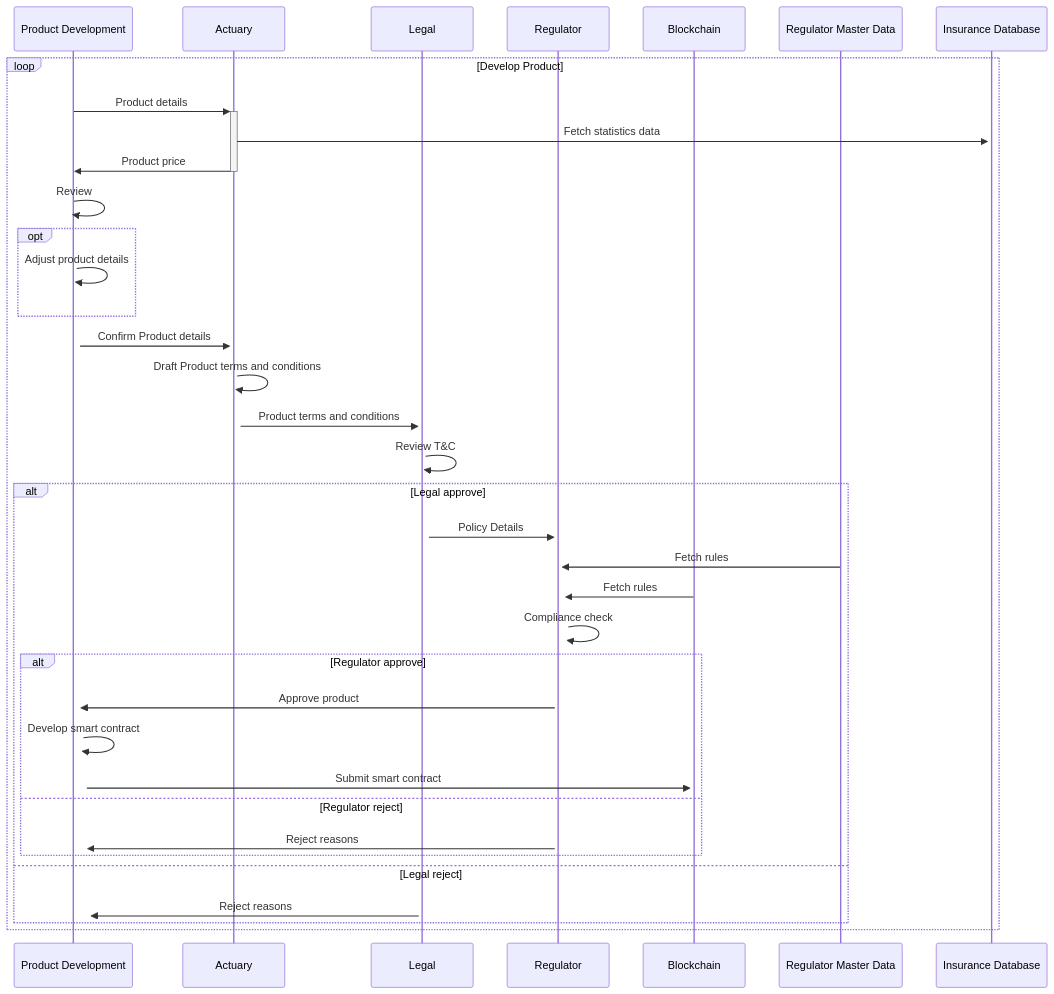
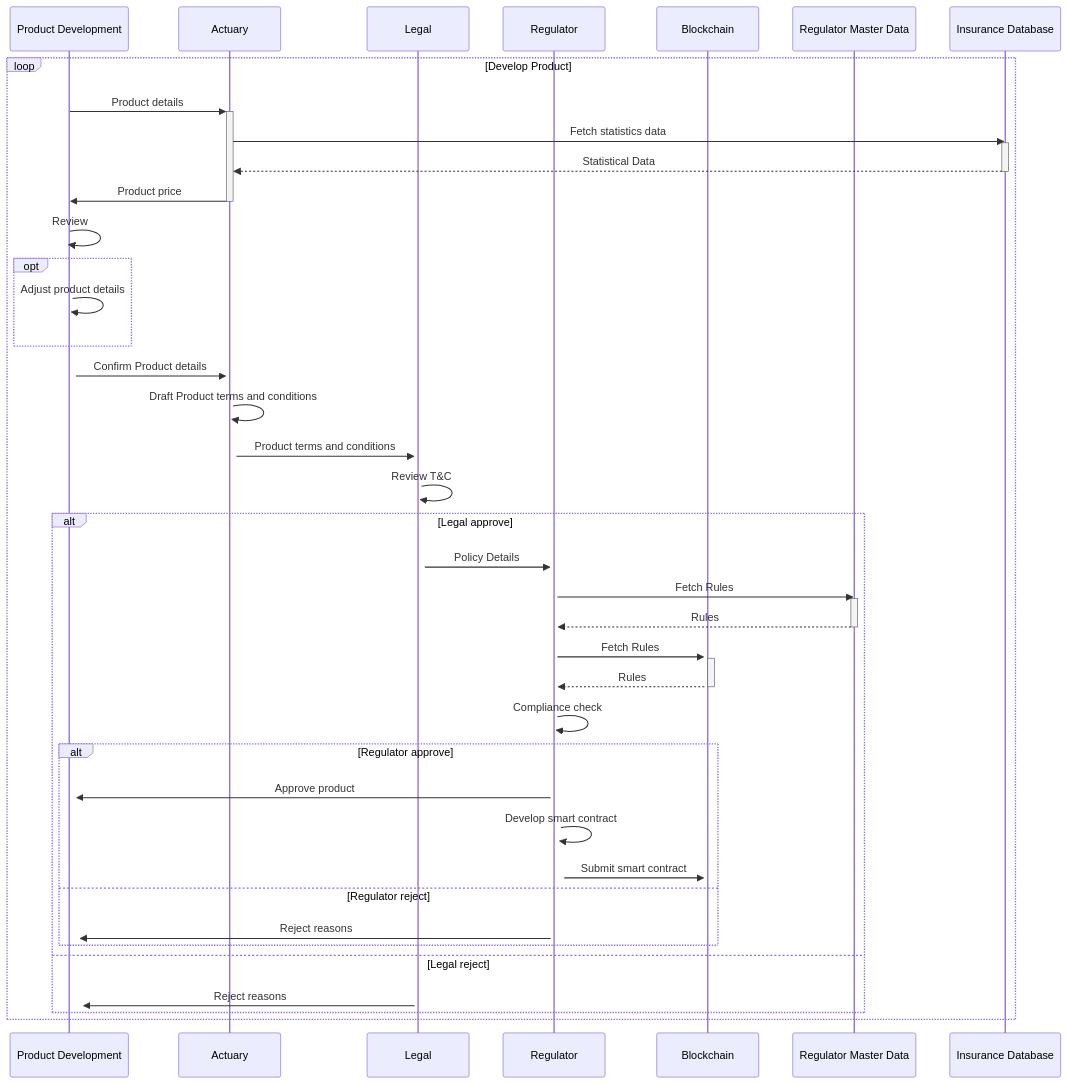
The diagram in product-registration.md (ongzasad/business-software-design), drawn with Mermaid before and after one commit.

Commit message:
Update product-registration.md
edit fetch process, move develop smart contract to OIC

````diff
--- a/product-registration.md
+++ b/product-registration.md
@@ -1,40 +1,48 @@
 ```mermaid
 sequenceDiagram
     participant P as Product Development 
     participant A as Actuary
     participant L as Legal
     participant R as Regulator
     participant B as Blockchain    
     participant RDB as Regulator Master Data
     participant IDB as Insurance Database
     loop Develop Product
         P->>+A: Product details
-        A->>+IDB: Fetch statistics data
+        A->>IDB: Fetch statistics data
+        activate IDB
+        IDB-->>A: Statistical Data
+        deactivate IDB
         A->>-P: Product price
         P->>+P: Review
         opt 
             P->>+P: Adjust product details
         end
         P->>+A: Confirm Product details
         A->>+A: Draft Product terms and conditions
         A->>+L: Product terms and conditions
         L->>+L: Review T&C
         alt Legal approve
             L->>+R: Policy Details
-            RDB->>+R: Fetch rules
-            B->>+R: Fetch rules
+            R->>RDB: Fetch Rules
+            activate RDB
+            RDB-->>R: Rules
+            deactivate RDB
+            R->>+B: Fetch Rules
+            activate B
+            B-->>R: Rules
+            deactivate B
             R->>+R: Compliance check
             alt Regulator approve
                 R->>+P: Approve product
-                P->>+P: Develop smart contract
-                P->>+B: Submit smart contract
+                R->>+R: Develop smart contract
+                R->>+B: Submit smart contract
             else Regulator reject
                 R->>+P: Reject reasons
             end
         else Legal reject
             L->>+P: Reject reasons
         end
 
     end
-
 ```
````
